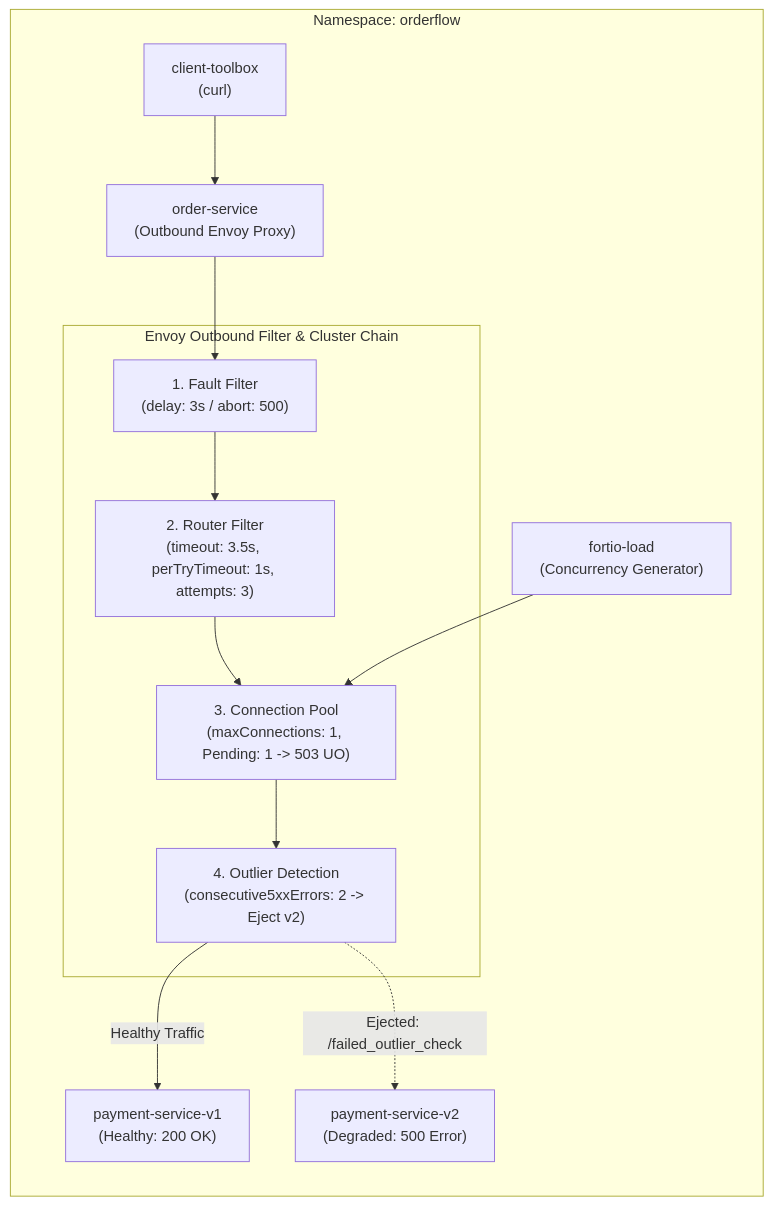
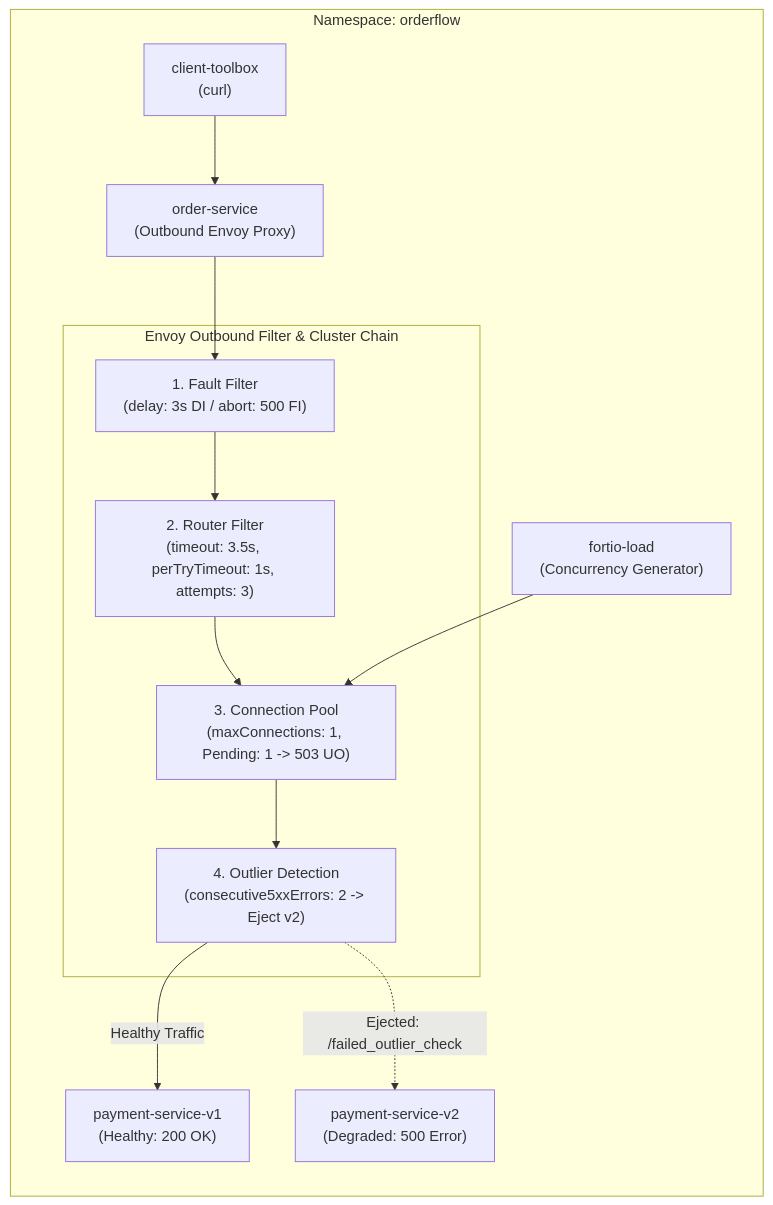
One commit to chan3845/Istio changed the diagram in 05-resilience-and-fault-injection/LAB.md. Above: the diagram before and after it, drawn with Mermaid. The commit also changed other lines of this file and 56 other files, not shown here.

````diff
--- a/05-resilience-and-fault-injection/LAB.md
+++ b/05-resilience-and-fault-injection/LAB.md
@@ -45,24 +55,24 @@
 ```mermaid
 flowchart LR
     subgraph OrderFlowNamespace["Namespace: orderflow"]
         TB["client-toolbox<br/>(curl)"]
         FL["fortio-load<br/>(Concurrency Generator)"]
         OS["order-service<br/>(Outbound Envoy Proxy)"]
         
         subgraph EnvoyResilience["Envoy Outbound Filter & Cluster Chain"]
-            FI["1. Fault Filter<br/>(delay: 3s / abort: 500)"]
+            FI["1. Fault Filter<br/>(delay: 3s DI / abort: 500 FI)"]
             RT["2. Router Filter<br/>(timeout: 3.5s, perTryTimeout: 1s, attempts: 3)"]
             CB["3. Connection Pool<br/>(maxConnections: 1, Pending: 1 -> 503 UO)"]
             OD["4. Outlier Detection<br/>(consecutive5xxErrors: 2 -> Eject v2)"]
         end
 
         PS1["payment-service-v1<br/>(Healthy: 200 OK)"]
         PS2["payment-service-v2<br/>(Degraded: 500 Error)"]
     end
 
     TB --> OS
     OS --> FI --> RT --> CB --> OD
     FL --> CB
-    OD -->|Healthy Traffic| PS1
-    OD -.->|Ejected: /failed_outlier_check| PS2
+    OD -->|"Healthy Traffic"| PS1
+    OD -.->|"Ejected: /failed_outlier_check"| PS2
 ```
````
